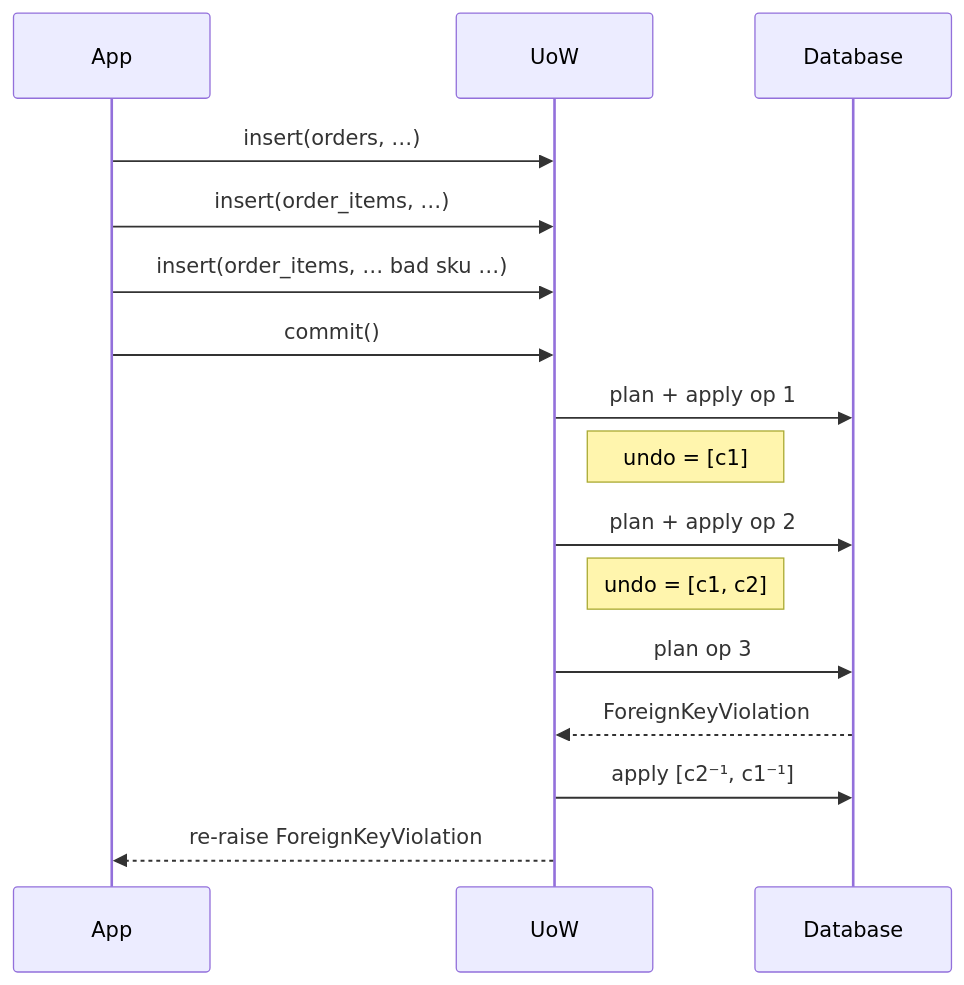
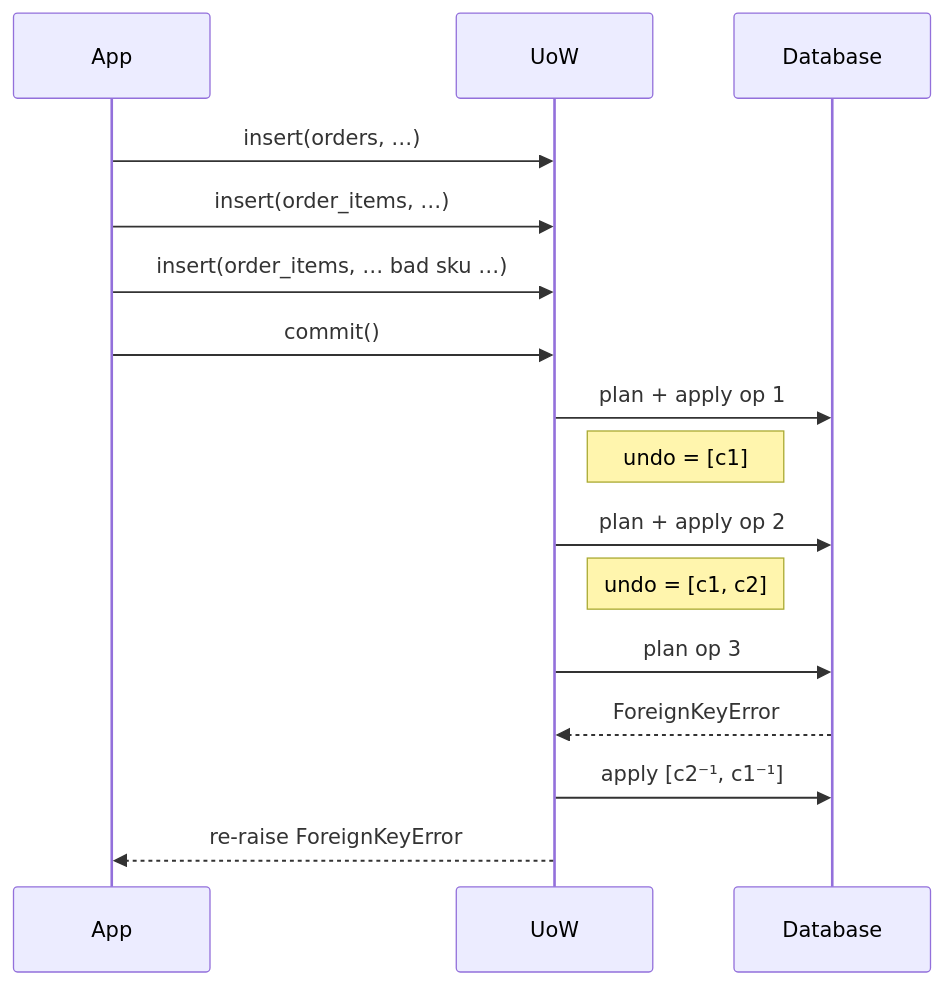
One commit to stefano-bragaglia/mini-db-book changed the second of 2 diagrams in docs/minidb-book/08-unit-of-work-i.md. Above: the diagram before and after it, drawn with Mermaid. The commit also changed other lines of this file and 20 other files, not shown here.

````diff
--- a/docs/minidb-book/08-unit-of-work-i.md
+++ b/docs/minidb-book/08-unit-of-work-i.md
@@ -441,18 +797,18 @@
 ```mermaid
 sequenceDiagram
     participant App
     participant UoW
     participant DB as Database
     App->>UoW: insert(orders, …)
     App->>UoW: insert(order_items, …)
     App->>UoW: insert(order_items, … bad sku …)
     App->>UoW: commit()
     UoW->>DB: plan + apply op 1
     Note right of UoW: undo = [c1]
     UoW->>DB: plan + apply op 2
     Note right of UoW: undo = [c1, c2]
     UoW->>DB: plan op 3
-    DB-->>UoW: ForeignKeyViolation
+    DB-->>UoW: ForeignKeyError
     UoW->>DB: apply [c2⁻¹, c1⁻¹]
-    UoW-->>App: re-raise ForeignKeyViolation
+    UoW-->>App: re-raise ForeignKeyError
 ```
````
